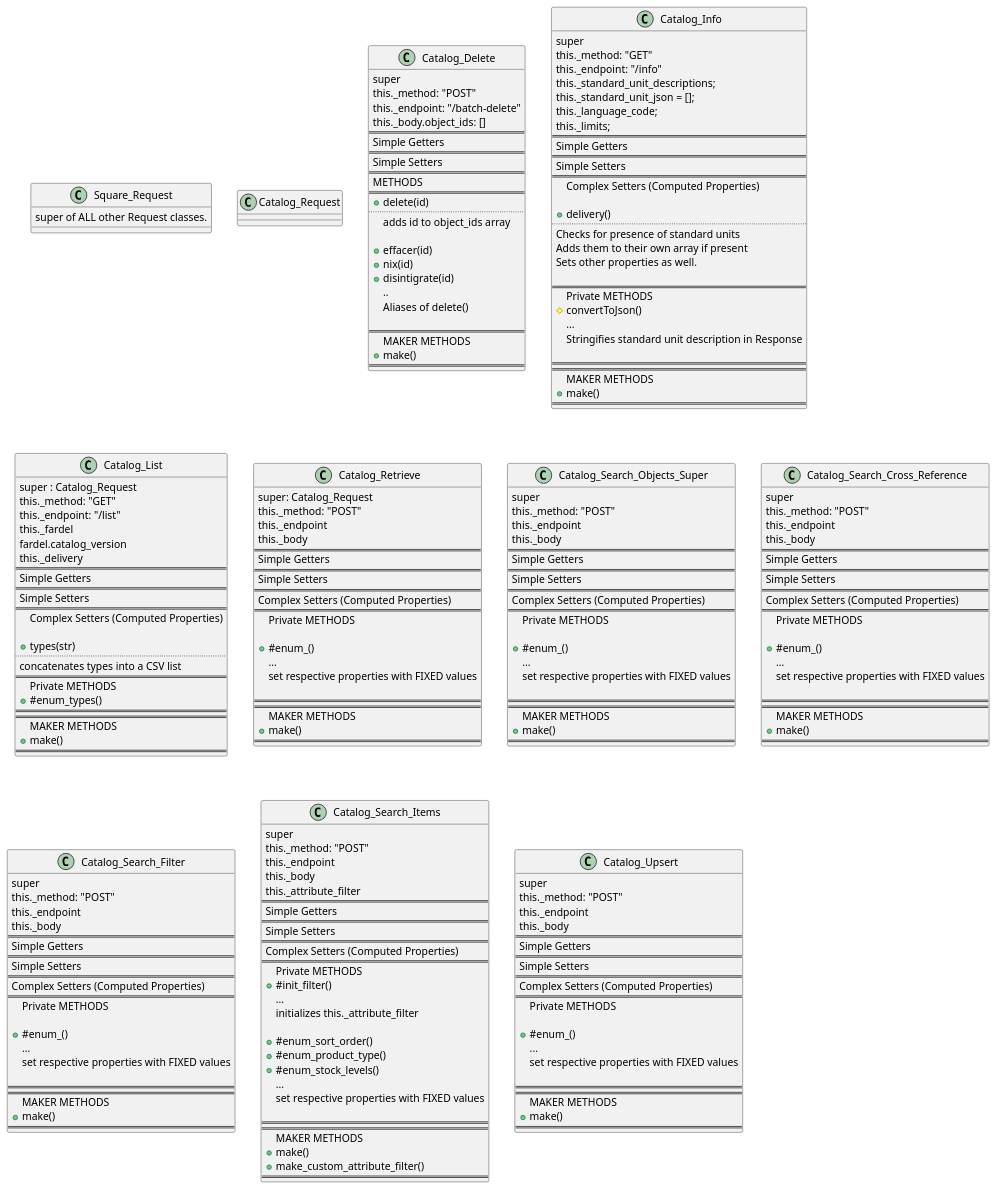
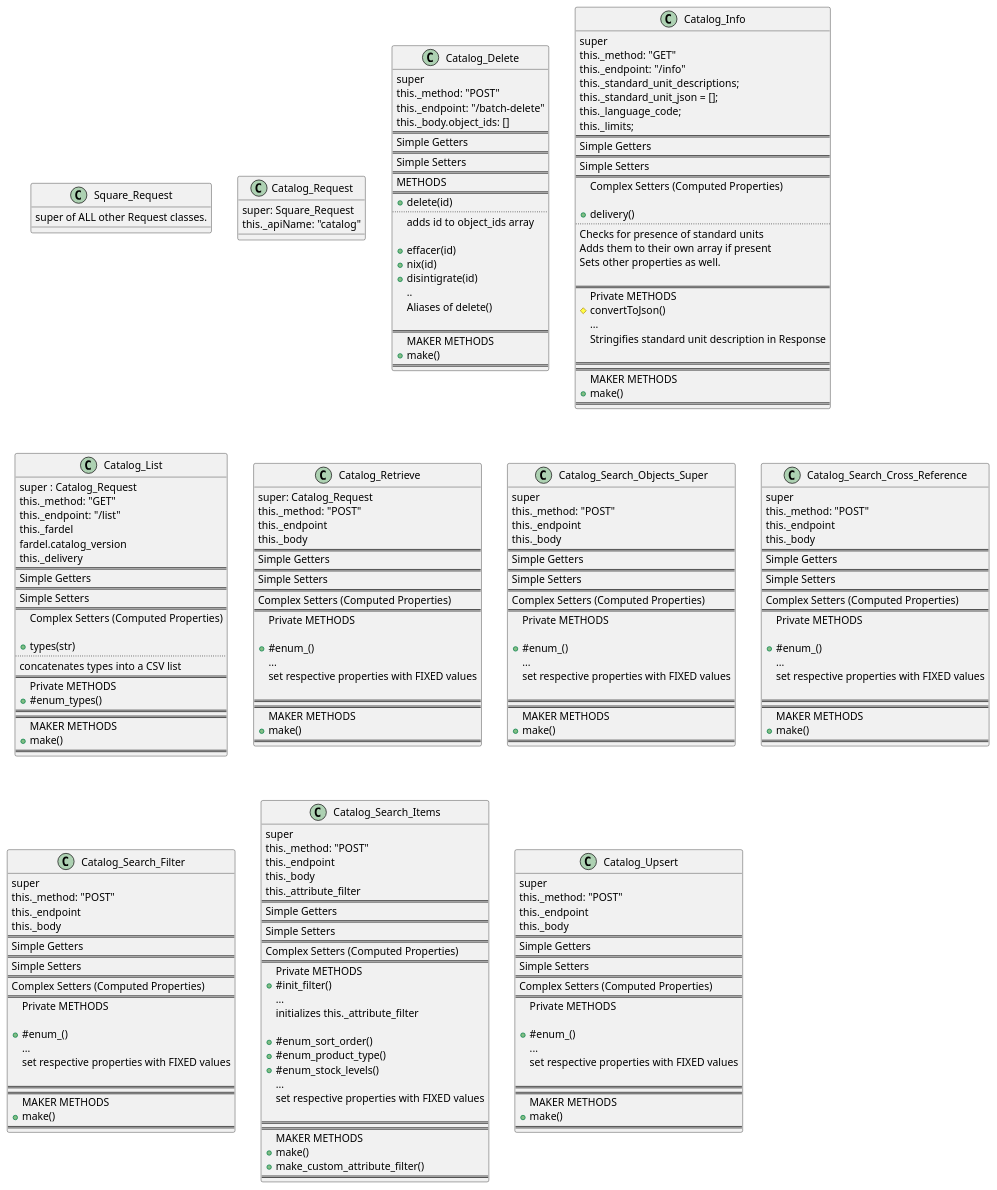
One commit to TwoFistedJustice/square-pie changed the diagram in docs/uml/catalog_request_pie.puml. Above: the diagram before and after it, drawn with PlantUML.

Commit message:
docs: diagram Catalog_Request

```diff
--- a/docs/uml/catalog_request_pie.puml
+++ b/docs/uml/catalog_request_pie.puml
@@ -6,7 +6,8 @@
 }
 
 class Catalog_Request {
-
+super: Square_Request
+this._apiName: "catalog"
 }
 
 class Catalog_Delete {
```
